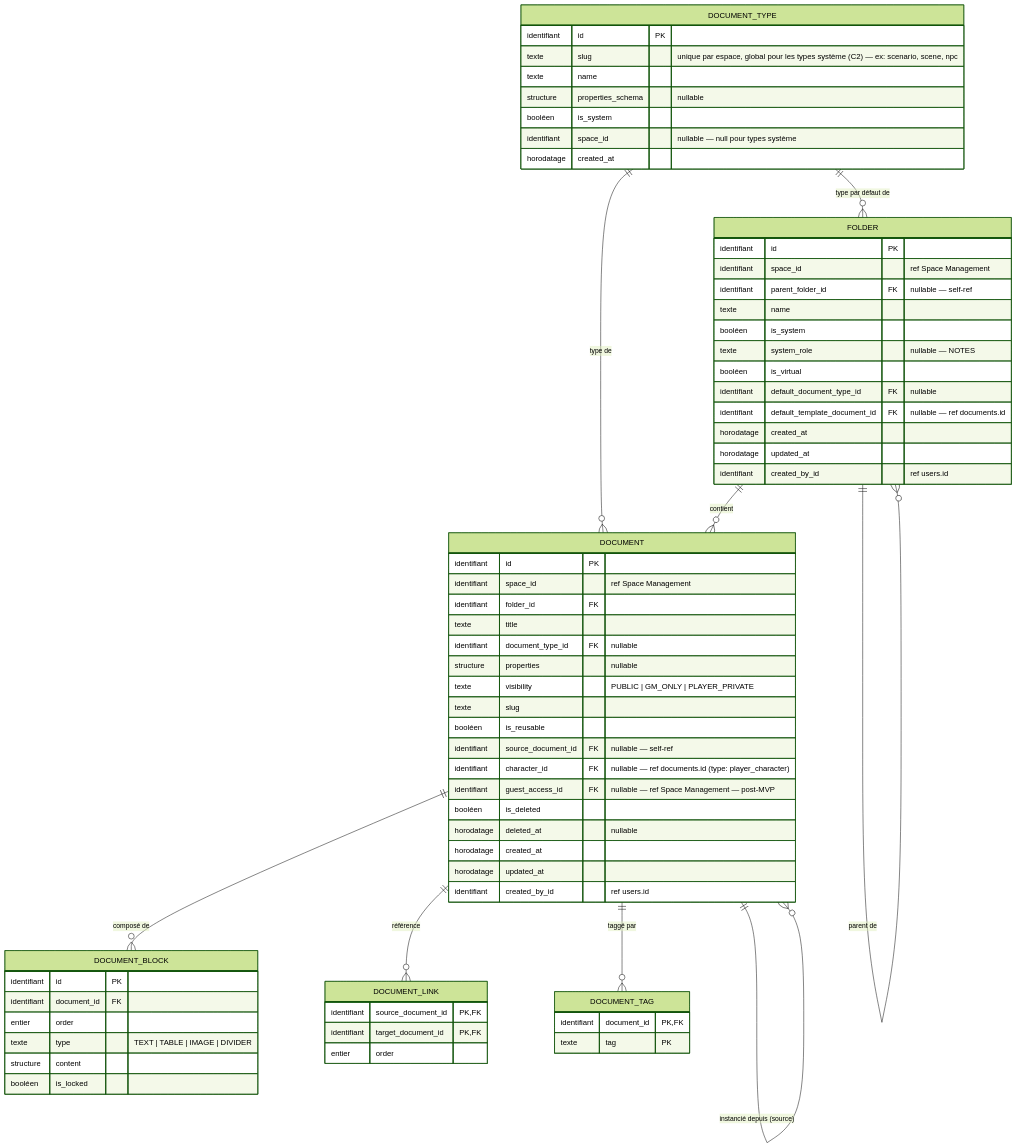
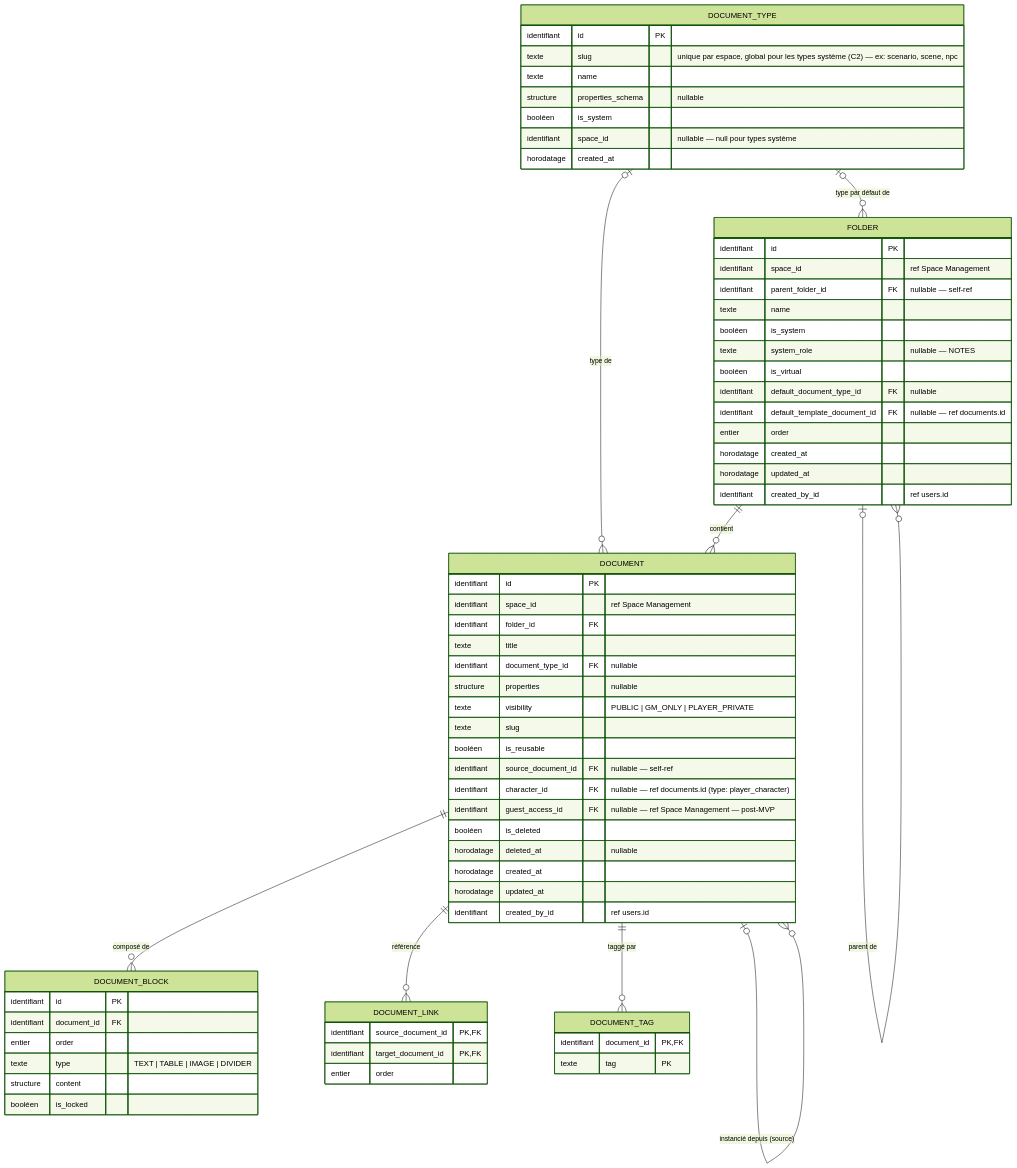
One commit to 2025-10-CDA-ECO-P6/PM-micro-saas changed the diagram in docs/domaine/content-library/conceptual-data.md. Above: the diagram before and after it, drawn with Mermaid (forest theme). The commit also changed 1 other file, not shown here.

Commit message:
docs(domaine): aligne les cardinalités des MCD sur les contextes
Les références nullables du MCD de Content Library (dossier parent, type de
document, type par défaut d'un dossier, document source) étaient tracées comme
obligatoires ; un espace pouvait n'avoir aucun membre alors que context.md lui
impose exactement un OWNER. Le MCD des dossiers gagne l'attribut order,
porté par context.md, classes.md et le MLD.

````diff
--- a/docs/domaine/content-library/conceptual-data.md
+++ b/docs/domaine/content-library/conceptual-data.md
@@ -5,76 +5,77 @@
 ```mermaid
 erDiagram
     FOLDER {
         identifiant id PK
         identifiant space_id "ref Space Management"
         identifiant parent_folder_id FK "nullable — self-ref"
         texte name
         booléen is_system
         texte system_role "nullable — NOTES"
         booléen is_virtual
         identifiant default_document_type_id FK "nullable"
         identifiant default_template_document_id FK "nullable — ref documents.id"
+        entier order
         horodatage created_at
         horodatage updated_at
         identifiant created_by_id "ref users.id"
     }
 
     DOCUMENT_TYPE {
         identifiant id PK
         texte slug "unique par espace, global pour les types système (C2) — ex: scenario, scene, npc"
         texte name
         structure properties_schema "nullable"
         booléen is_system
         identifiant space_id "nullable — null pour types système"
         horodatage created_at
     }
 
     DOCUMENT {
         identifiant id PK
         identifiant space_id "ref Space Management"
         identifiant folder_id FK
         texte title
         identifiant document_type_id FK "nullable"
         structure properties "nullable"
         texte visibility "PUBLIC | GM_ONLY | PLAYER_PRIVATE"
         texte slug
         booléen is_reusable
         identifiant source_document_id FK "nullable — self-ref"
         identifiant character_id FK "nullable — ref documents.id (type: player_character)"
         identifiant guest_access_id FK "nullable — ref Space Management — post-MVP"
         booléen is_deleted
         horodatage deleted_at "nullable"
         horodatage created_at
         horodatage updated_at
         identifiant created_by_id "ref users.id"
     }
 
     DOCUMENT_BLOCK {
         identifiant id PK
         identifiant document_id FK
         entier order
         texte type "TEXT | TABLE | IMAGE | DIVIDER"
         structure content
         booléen is_locked
     }
 
     DOCUMENT_LINK {
         identifiant source_document_id PK,FK
         identifiant target_document_id PK,FK
         entier order
     }
 
     DOCUMENT_TAG {
         identifiant document_id PK,FK
         texte tag PK
     }
 
     FOLDER ||--o{ DOCUMENT : "contient"
-    FOLDER ||--o{ FOLDER : "parent de"
-    DOCUMENT_TYPE ||--o{ DOCUMENT : "type de"
-    DOCUMENT_TYPE ||--o{ FOLDER : "type par défaut de"
+    FOLDER |o--o{ FOLDER : "parent de"
+    DOCUMENT_TYPE |o--o{ DOCUMENT : "type de"
+    DOCUMENT_TYPE |o--o{ FOLDER : "type par défaut de"
     DOCUMENT ||--o{ DOCUMENT_BLOCK : "composé de"
     DOCUMENT ||--o{ DOCUMENT_LINK : "référence"
     DOCUMENT ||--o{ DOCUMENT_TAG : "taggé par"
-    DOCUMENT ||--o{ DOCUMENT : "instancié depuis (source)"
+    DOCUMENT |o--o{ DOCUMENT : "instancié depuis (source)"
 ```
````
